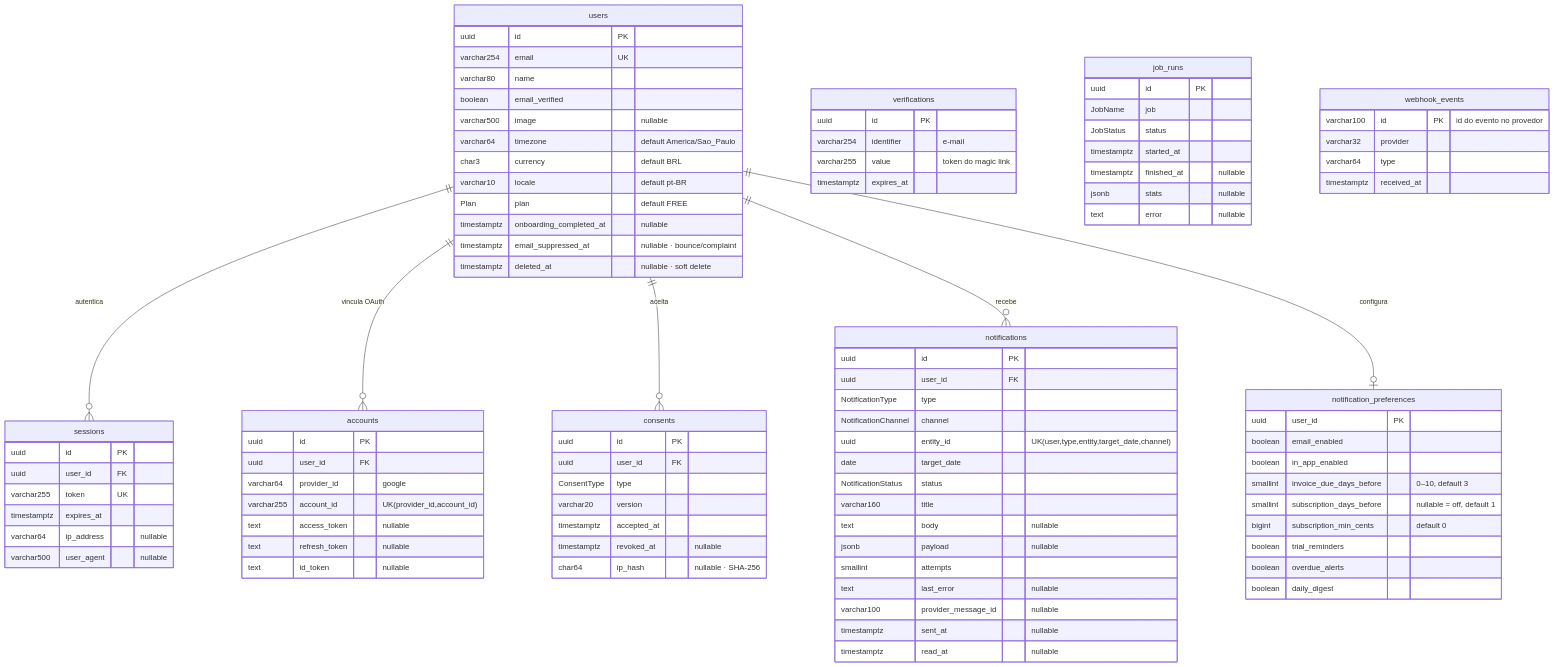
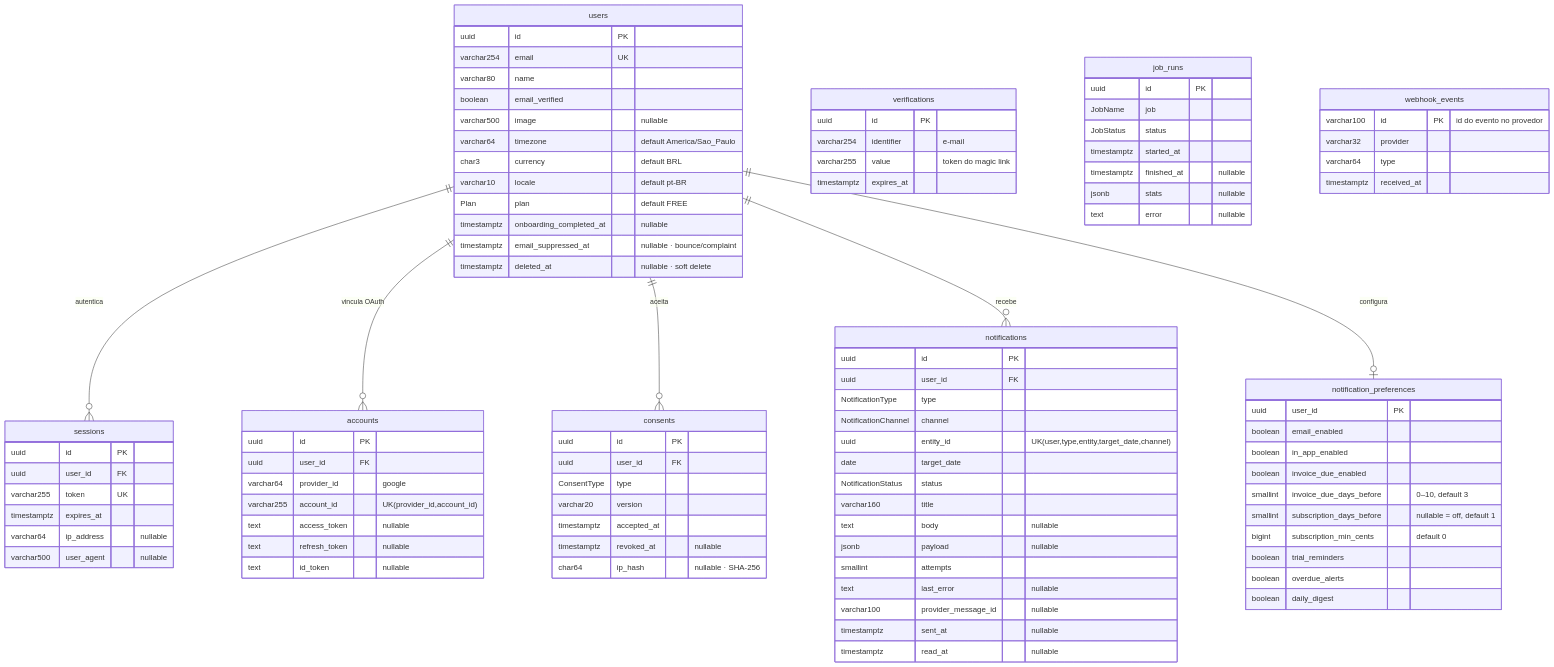
One commit to 77mdias/finflow changed the second of 3 diagrams in docs/DATABASE.md. Above: the diagram before and after it, drawn with Mermaid. The commit also changed other lines of this file and 4 other files, not shown here.

```diff
--- a/docs/DATABASE.md
+++ b/docs/DATABASE.md
@@ -237,6 +237,7 @@
         uuid user_id PK
         boolean email_enabled
         boolean in_app_enabled
+        boolean invoice_due_enabled
         smallint invoice_due_days_before "0–10, default 3"
         smallint subscription_days_before "nullable = off, default 1"
         bigint subscription_min_cents "default 0"
```
